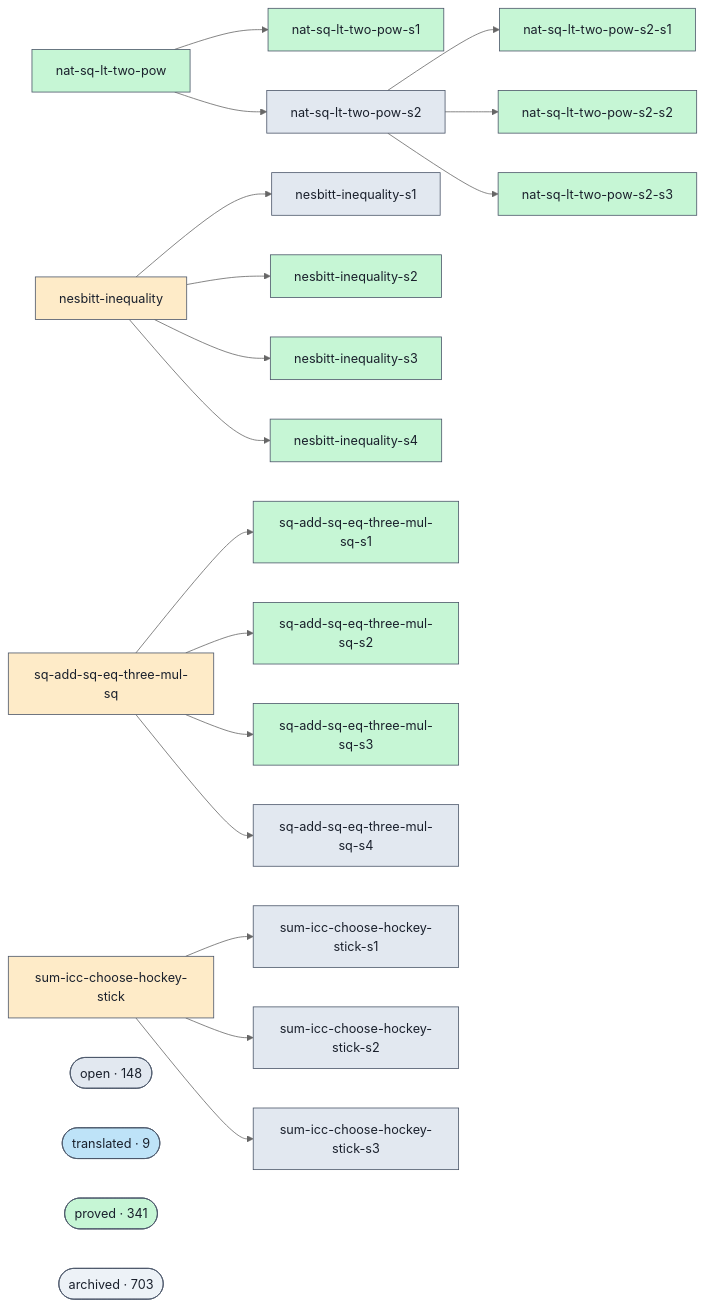
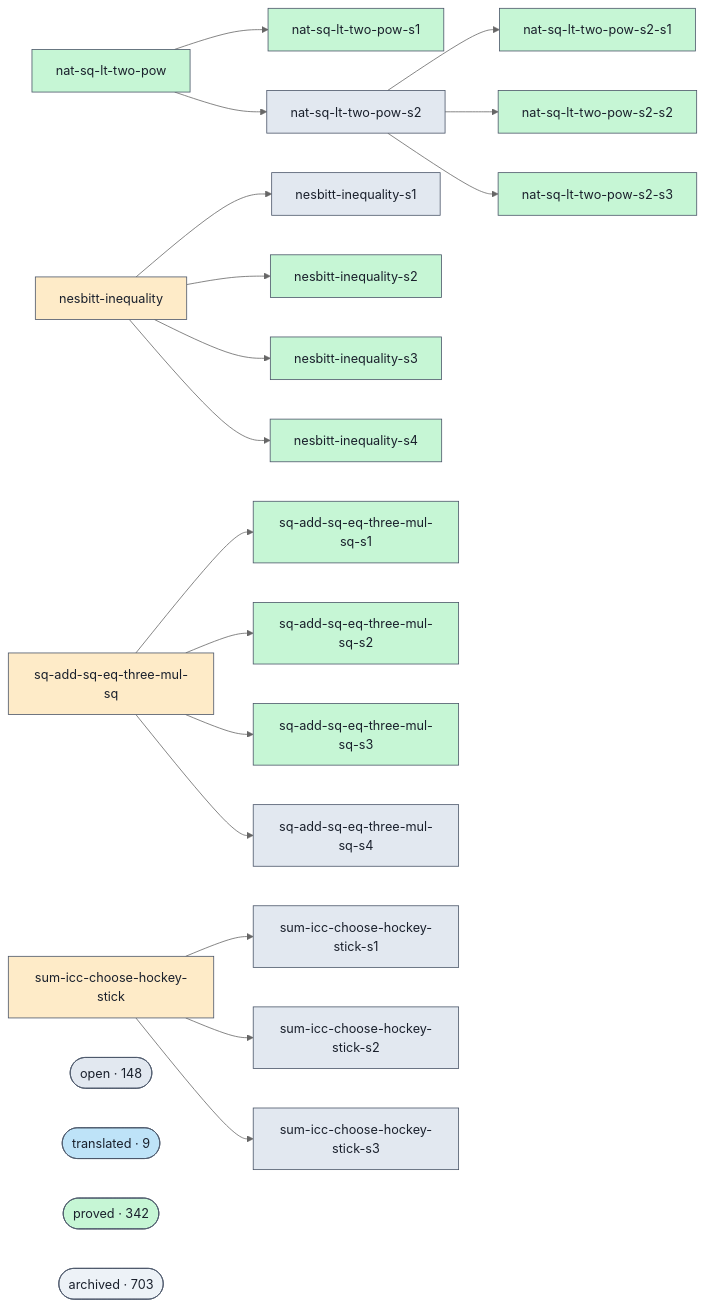
The diagram in docs/proofs-contributors-visualisation.md (ohdearquant/unsorry), drawn with Mermaid (neutral theme) before and after one commit. The commit also changed other lines of this file and 2 other files, not shown here.

```diff
--- a/docs/proofs-contributors-visualisation.md
+++ b/docs/proofs-contributors-visualisation.md
@@ -102,7 +102,7 @@
   class cluster_open open;
   cluster_translated(["translated · 9"])
   class cluster_translated translated;
-  cluster_proved(["proved · 341"])
+  cluster_proved(["proved · 342"])
   class cluster_proved proved;
   cluster_archived(["archived · 703"])
   class cluster_archived unknown;
```
